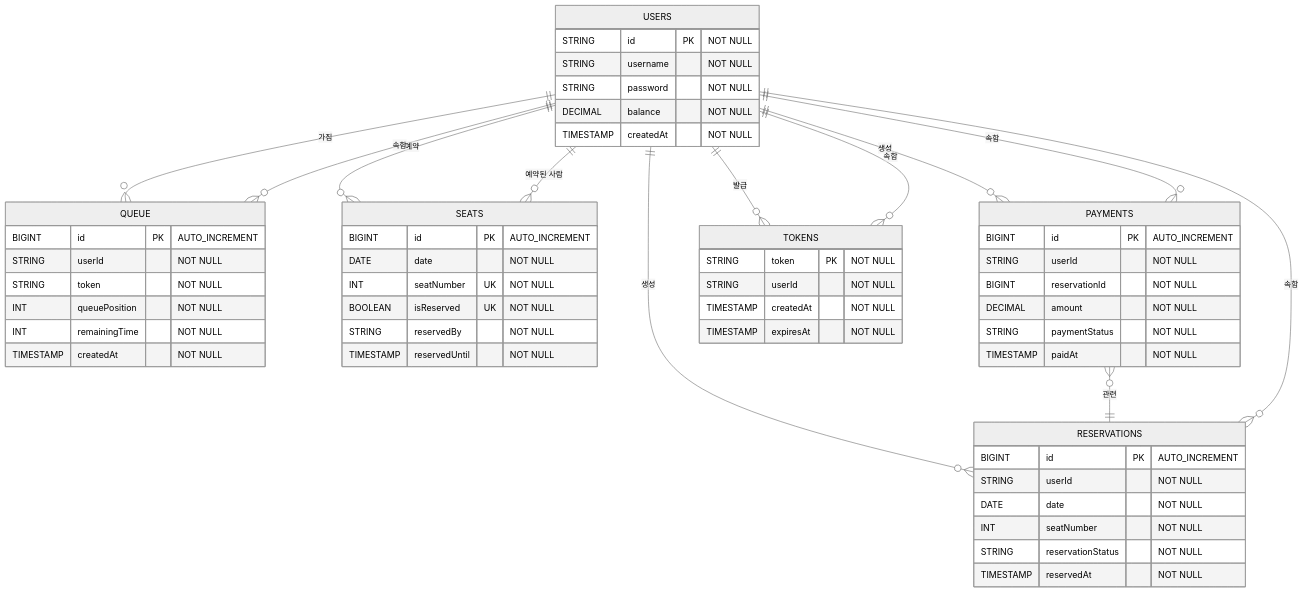
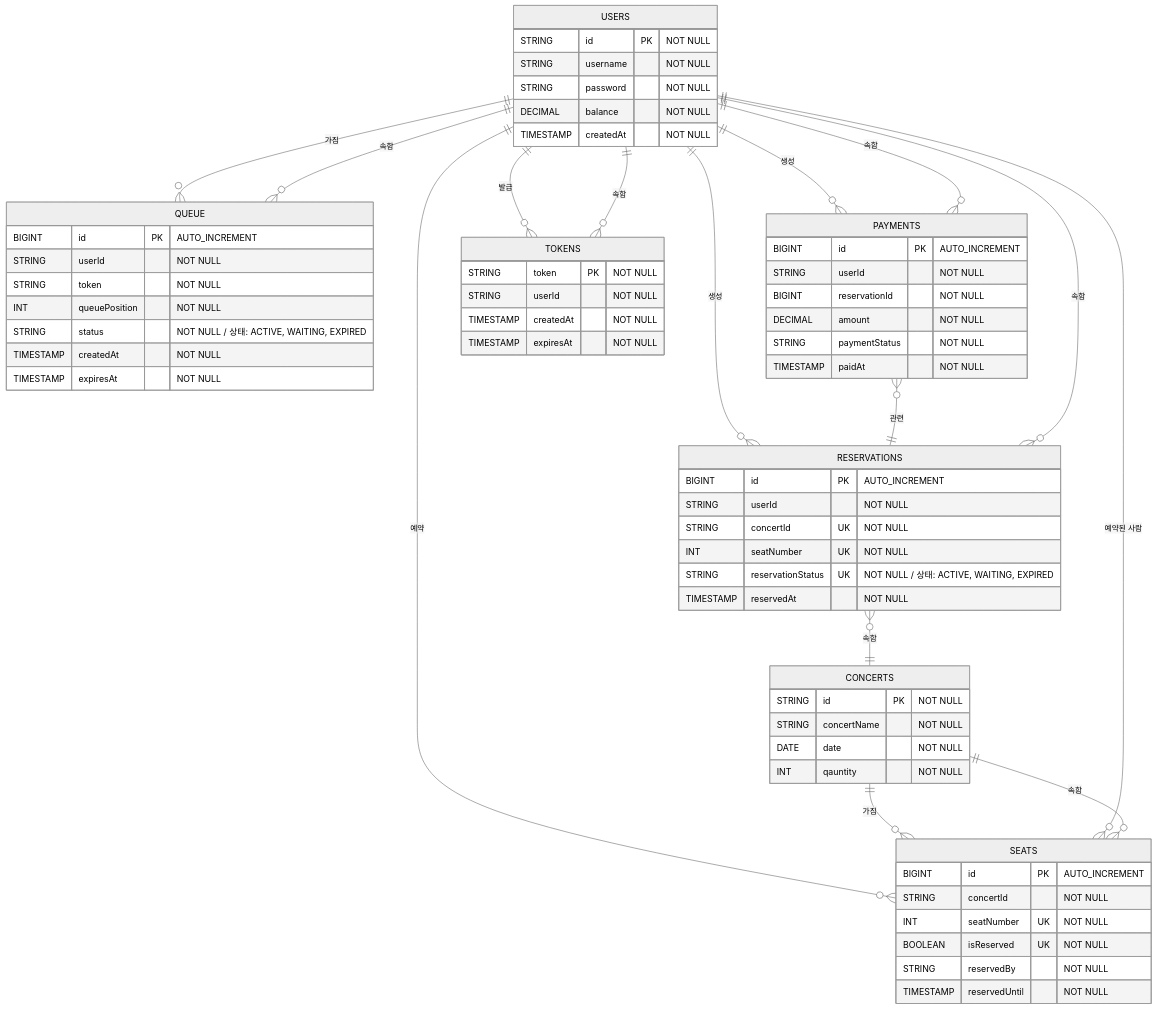
Diagram 11 of 11 in README.md (ghwoo93/hhplus-concert-3week), drawn with Mermaid (neutral theme) before and after one commit. The commit also changed other lines of this file, not shown here.

Commit message:
Concert 테이블 추가에 따른 ER, Seqeunce Diagram 수정

````diff
--- a/README.md
+++ b/README.md
@@ -299,67 +452,77 @@
 ```mermaid
 erDiagram
     USERS {
         STRING id PK "NOT NULL"
         STRING username "NOT NULL"
         STRING password "NOT NULL"
         DECIMAL balance "NOT NULL"
         TIMESTAMP createdAt "NOT NULL"
     }
 
+    CONCERTS {
+        STRING id PK "NOT NULL"
+        STRING concertName "NOT NULL"
+        DATE date "NOT NULL"
+        INT qauntity "NOT NULL"
+    }
+
     QUEUE {
         BIGINT id PK "AUTO_INCREMENT"
         STRING userId "NOT NULL"
         STRING token "NOT NULL"
         INT queuePosition "NOT NULL"
-        INT remainingTime "NOT NULL"
+        STRING status "NOT NULL / 상태: ACTIVE, WAITING, EXPIRED" 
         TIMESTAMP createdAt "NOT NULL"
+        TIMESTAMP expiresAt "NOT NULL"
     }
 
     SEATS {
         BIGINT id PK "AUTO_INCREMENT"
-        DATE date "NOT NULL"
+        STRING concertId "NOT NULL"
         INT seatNumber UK "NOT NULL"
         BOOLEAN isReserved UK "NOT NULL"
         STRING reservedBy "NOT NULL"
         TIMESTAMP reservedUntil "NOT NULL"
     }
 
     RESERVATIONS {
         BIGINT id PK "AUTO_INCREMENT"
         STRING userId "NOT NULL"
-        DATE date "NOT NULL"
-        INT seatNumber "NOT NULL"
-        STRING reservationStatus "NOT NULL"
+        STRING concertId UK "NOT NULL"
+        INT seatNumber UK "NOT NULL"
+        STRING reservationStatus UK "NOT NULL / 상태: ACTIVE, WAITING, EXPIRED"
         TIMESTAMP reservedAt "NOT NULL"
     }
 
     PAYMENTS {
         BIGINT id PK "AUTO_INCREMENT"
         STRING userId "NOT NULL"
         BIGINT reservationId "NOT NULL"
         DECIMAL amount "NOT NULL"
         STRING paymentStatus "NOT NULL"
         TIMESTAMP paidAt "NOT NULL"
     }
 
     TOKENS {
         STRING token PK "NOT NULL"
         STRING userId "NOT NULL"
         TIMESTAMP createdAt "NOT NULL"
         TIMESTAMP expiresAt "NOT NULL"
     }
 
     USERS ||--o{ QUEUE : "가짐"
     USERS ||--o{ RESERVATIONS : "생성"
     USERS ||--o{ PAYMENTS : "생성"
     USERS ||--o{ SEATS : "예약"
     USERS ||--o{ TOKENS : "발급"
 
+    CONCERTS ||--o{ SEATS : "가짐"
     QUEUE }o--|| USERS : "속함"
     TOKENS }o--|| USERS : "속함"
     SEATS }o--|| USERS : "예약된 사람"
+    SEATS }o--|| CONCERTS : "속함"
     RESERVATIONS }o--|| USERS : "속함"
+    RESERVATIONS }o--|| CONCERTS : "속함"
     PAYMENTS }o--|| USERS : "속함"
     PAYMENTS }o--|| RESERVATIONS : "관련"
-
 ```
````
